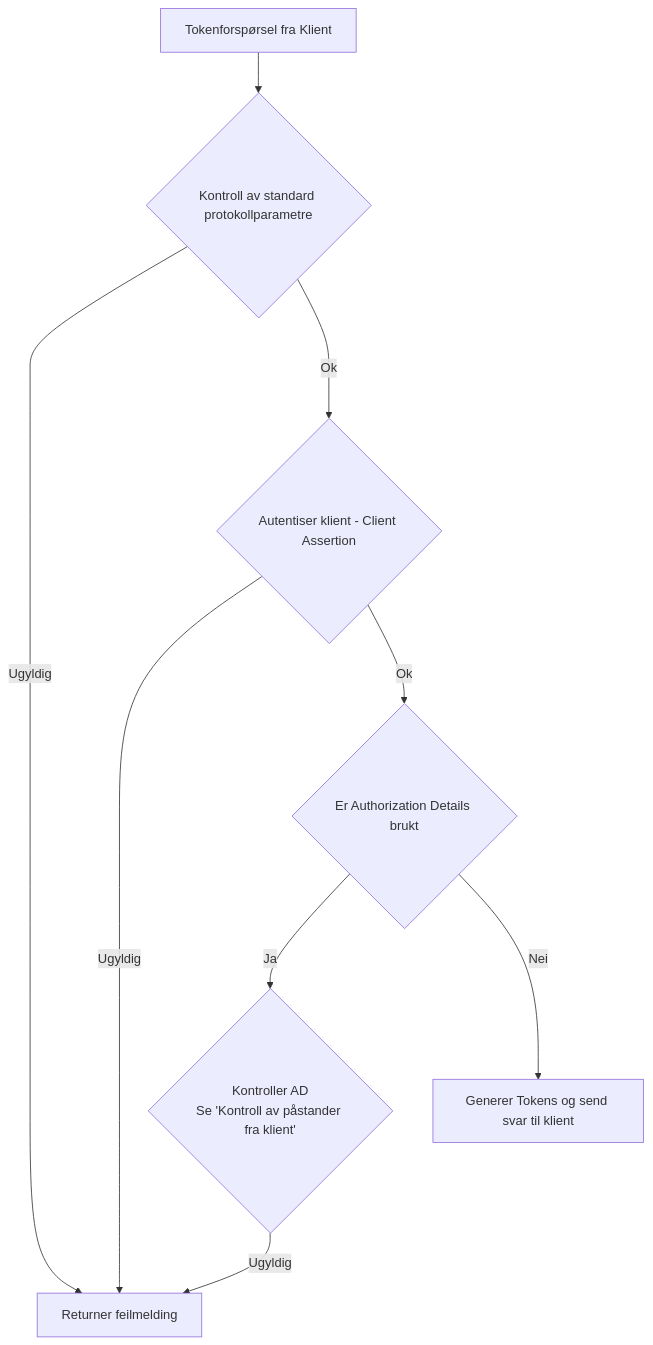
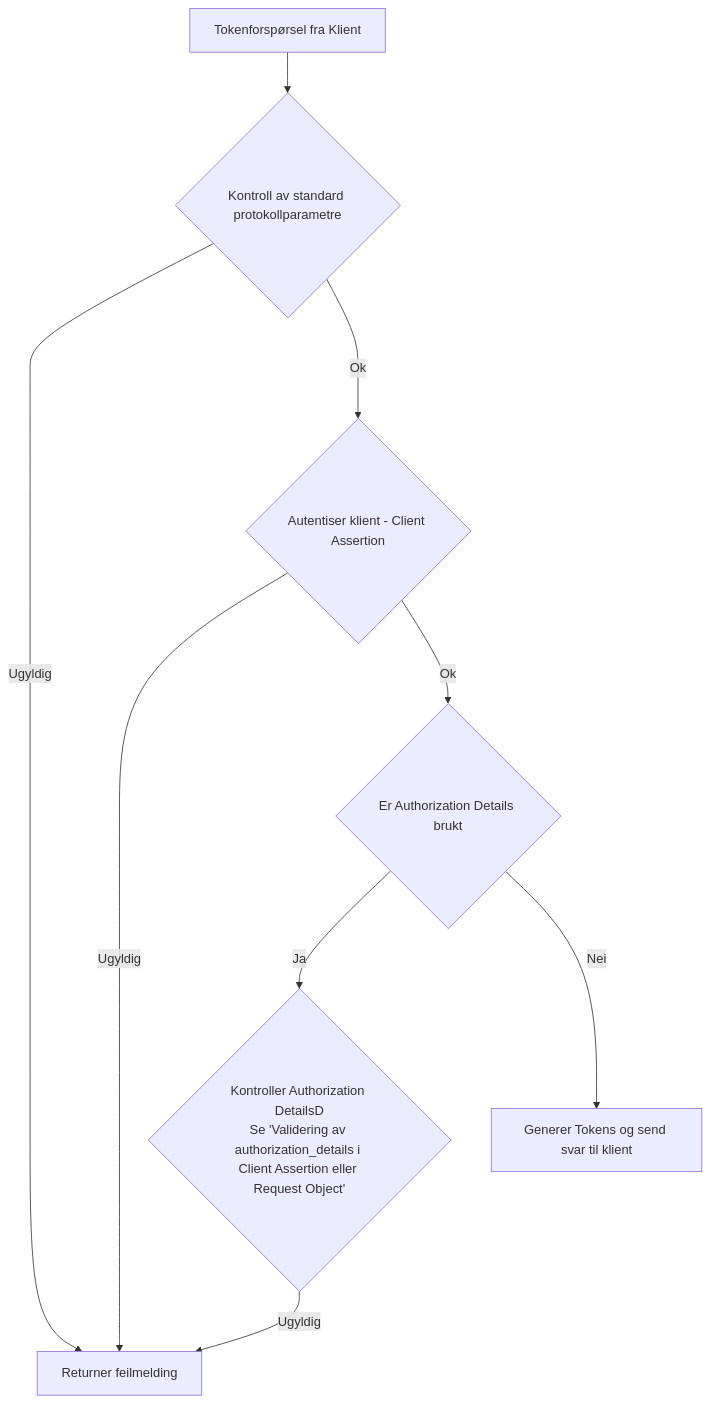
The fourth of 4 diagrams in specs/bruk_av_oidc.md (NorskHelsenett/Tillitsrammeverk), drawn with Mermaid before and after one commit. The commit also changed other lines of this file, not shown here.

````diff
--- a/specs/bruk_av_oidc.md
+++ b/specs/bruk_av_oidc.md
@@ -287,17 +305,16 @@
 ```mermaid
 flowchart 
   Error[Returner feilmelding]
   Param{Kontroll av standard protokollparametre}
   AD{Er Authorization Details brukt}
   Tokens[Generer Tokens og send svar til klient]
   S[Tokenforspørsel fra Klient] --> Param
   Param-- Ugyldig --> Error 
   Param-- Ok --->CA{Autentiser klient - Client Assertion}
   CA-- Ugyldig -->Error
   CA-- Ok --> AD
-  AD-- Ja -->V_AD{Kontroller AD\nSe 'Kontroll av påstander fra klient'}
+  AD-- Ja -->V_AD{Kontroller Authorization DetailsD\nSe 'Validering av authorization_details i Client Assertion eller Request Object'}
   AD-- Nei --> Tokens 
   V_AD-- Ugyldig --> Error
 
-
 ```
````
